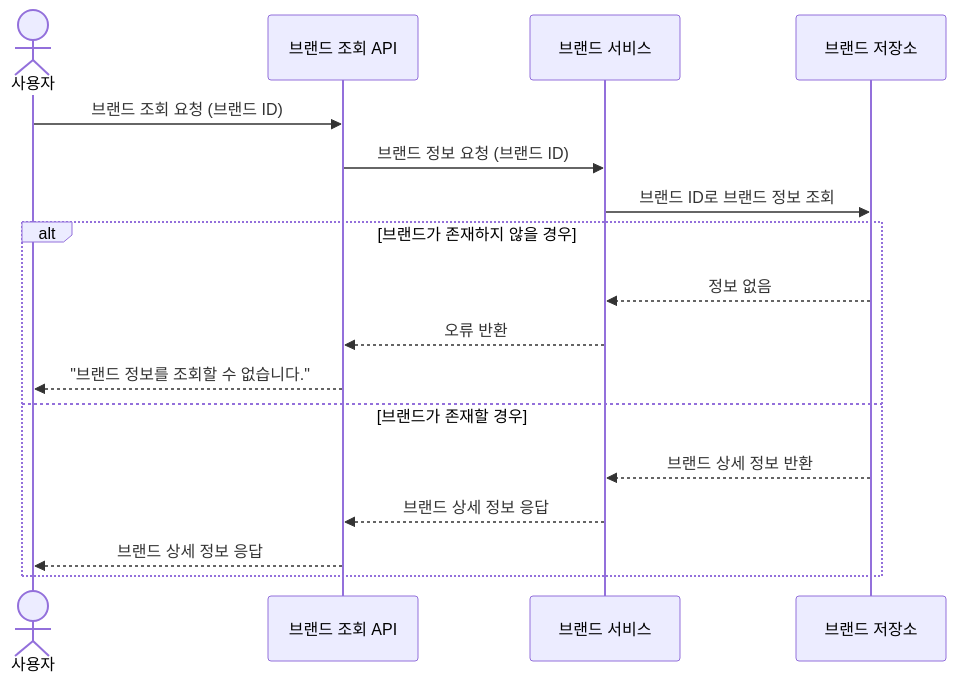
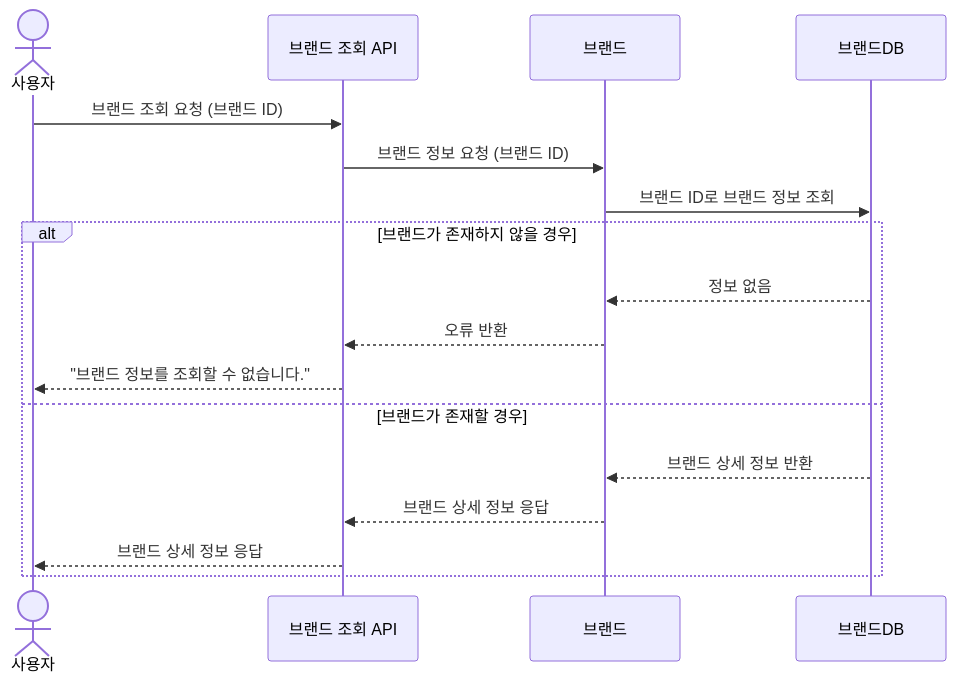
One commit to kodonghee/loopers-e-commerce changed the third of 6 diagrams in docs/design/02-sequence-diagrams.md. Above: the diagram before and after it, drawn with Mermaid. The commit also changed other lines of this file, not shown here.

Commit message:
fix: 시퀀스 다이어그램 - 고수준으로 변경

````diff
--- a/docs/design/02-sequence-diagrams.md
+++ b/docs/design/02-sequence-diagrams.md
@@ -54,21 +54,21 @@
 ```mermaid
 sequenceDiagram
     actor 사용자
     participant 브랜드 조회 API
-    participant 브랜드 서비스
-    participant 브랜드 저장소
+    participant 브랜드
+    participant 브랜드DB
 
     사용자->>브랜드 조회 API: 브랜드 조회 요청 (브랜드 ID)
-    브랜드 조회 API->>브랜드 서비스: 브랜드 정보 요청 (브랜드 ID)
-    브랜드 서비스->>브랜드 저장소: 브랜드 ID로 브랜드 정보 조회
+    브랜드 조회 API->>브랜드: 브랜드 정보 요청 (브랜드 ID)
+    브랜드->>브랜드DB: 브랜드 ID로 브랜드 정보 조회
 
     alt 브랜드가 존재하지 않을 경우
-        브랜드 저장소-->>브랜드 서비스: 정보 없음
-        브랜드 서비스-->>브랜드 조회 API: 오류 반환
+        브랜드DB-->>브랜드: 정보 없음
+        브랜드-->>브랜드 조회 API: 오류 반환
         브랜드 조회 API-->>사용자: "브랜드 정보를 조회할 수 없습니다."
     else 브랜드가 존재할 경우
-        브랜드 저장소-->>브랜드 서비스: 브랜드 상세 정보 반환
-        브랜드 서비스-->>브랜드 조회 API: 브랜드 상세 정보 응답
+        브랜드DB-->>브랜드: 브랜드 상세 정보 반환
+        브랜드-->>브랜드 조회 API: 브랜드 상세 정보 응답
         브랜드 조회 API-->>사용자: 브랜드 상세 정보 응답
     end
 ```
````
